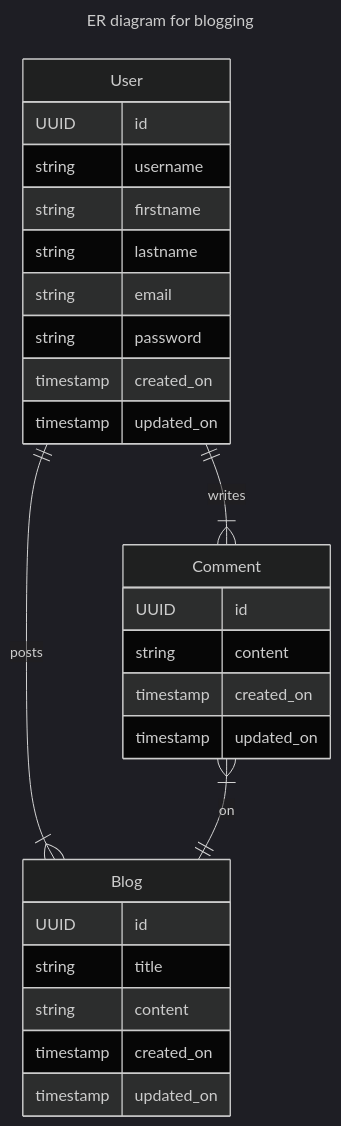
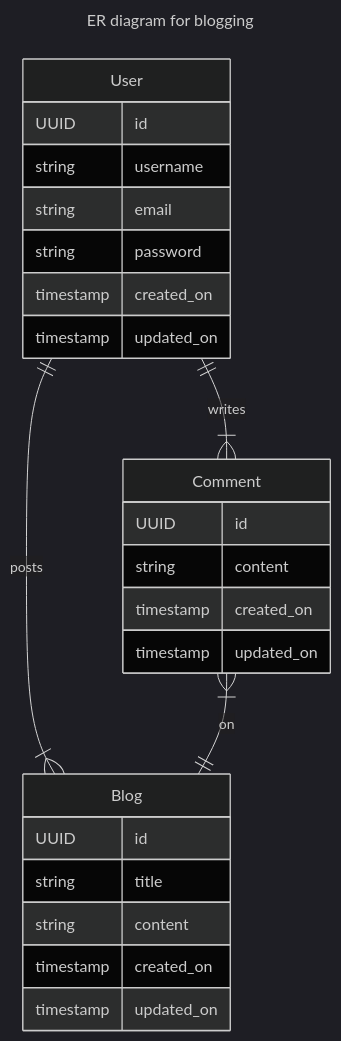
The diagram in backend/README.md (realstealthninja/stealthysite), drawn with Mermaid (dark theme) before and after one commit. The commit also changed 2 other files, not shown here.

Commit message:
fix: use id instead of another userid

````diff
--- a/backend/README.md
+++ b/backend/README.md
@@ -14,39 +14,37 @@
 ```mermaid
 ---
 title: ER diagram for blogging
 ---
 erDiagram
 User ||--|{ Blog : posts
 User ||--|{ Comment : writes
 
     Comment }|--|| Blog : on
 
     User {
         UUID id
         string username
-        string firstname
-        string lastname
         string email
         string password
 
         timestamp created_on
         timestamp updated_on
 
     }
 
     Blog {
         UUID id
         string title
         string content
 
         timestamp created_on
         timestamp updated_on
     }
 
     Comment {
         UUID id
         string content
         timestamp created_on
         timestamp updated_on
     }
 ```
````
